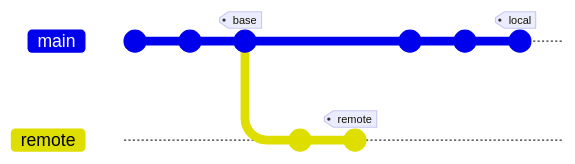
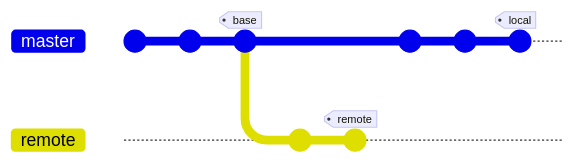
One commit to LauYeeYu/homepage changed the fourth of 9 diagrams in content/blog-zh-hk/git-basics-zh-hk.md. Above: the diagram before and after it, drawn with Mermaid. The commit also changed other lines of this file and 2 other files, not shown here. Commit ids are hidden.

Commit message:
refactor(blog): use `master` instead of `main` as the main branch name

````diff
--- a/content/blog-zh-hk/git-basics-zh-hk.md
+++ b/content/blog-zh-hk/git-basics-zh-hk.md
@@ -101,13 +104,14 @@
-    ```mermaid
-    gitGraph
-      commit
-      commit
-      commit tag: "base"
-      branch remote
-      commit
-      commit tag: "remote"
-      checkout main
-      commit
-      commit
-      commit tag: "local"
-    ```
+   ```mermaid
+   %%{init: {'gitGraph': {'mainBranchName': 'master'}} }%%
+   gitGraph
+     commit
+     commit
+     commit tag: "base"
+     branch remote
+     commit
+     commit tag: "remote"
+     checkout master
+     commit
+     commit
+     commit tag: "local"
+   ```
````
